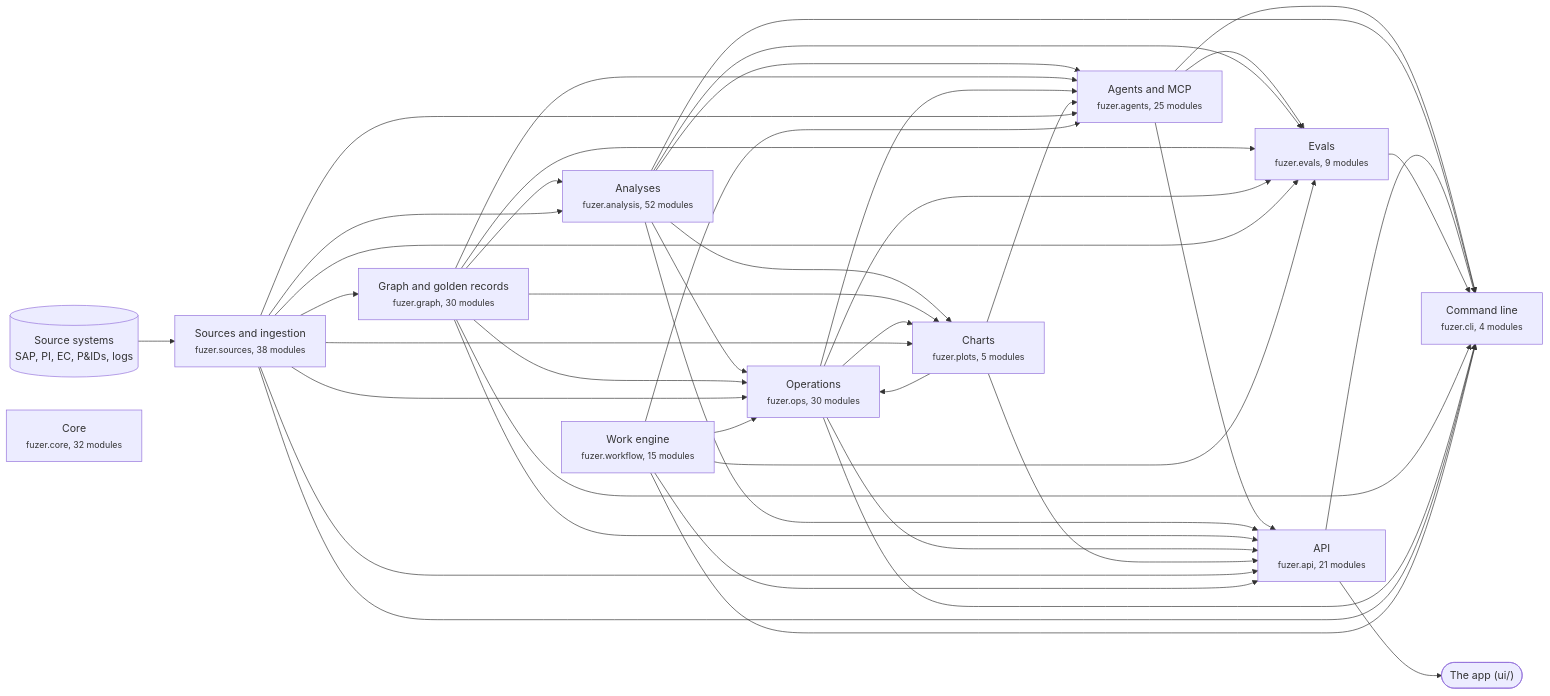
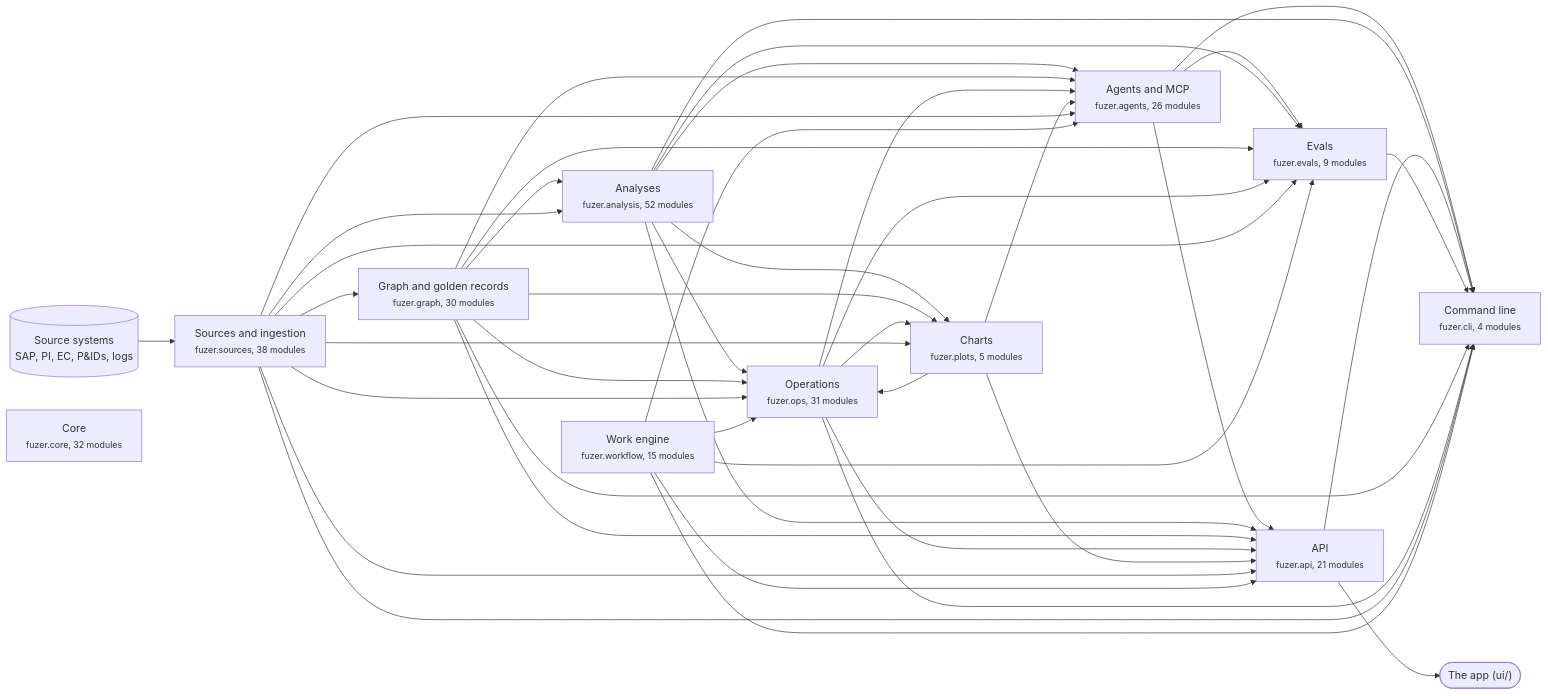
One commit to areed145/fuzer changed the first of 3 diagrams in docs/architecture.md. Above: the diagram before and after it, drawn with Mermaid. The commit also changed other lines of this file and 13 other files, not shown here.

````diff
--- a/docs/architecture.md
+++ b/docs/architecture.md
@@ -8,67 +8,67 @@
 ```mermaid
 flowchart LR
   systems[("Source systems<br>SAP, PI, EC, P&IDs, logs")] --> c_sources
   app(["The app (ui/)"])
   c_api --> app
   c_sources["Sources and ingestion<br><small>fuzer.sources, 38 modules</small>"]
   c_graph["Graph and golden records<br><small>fuzer.graph, 30 modules</small>"]
   c_analysis["Analyses<br><small>fuzer.analysis, 52 modules</small>"]
-  c_ops["Operations<br><small>fuzer.ops, 30 modules</small>"]
+  c_ops["Operations<br><small>fuzer.ops, 31 modules</small>"]
   c_plots["Charts<br><small>fuzer.plots, 5 modules</small>"]
   c_workflow["Work engine<br><small>fuzer.workflow, 15 modules</small>"]
-  c_agents["Agents and MCP<br><small>fuzer.agents, 25 modules</small>"]
+  c_agents["Agents and MCP<br><small>fuzer.agents, 26 modules</small>"]
   c_evals["Evals<br><small>fuzer.evals, 9 modules</small>"]
   c_api["API<br><small>fuzer.api, 21 modules</small>"]
   c_cli["Command line<br><small>fuzer.cli, 4 modules</small>"]
   c_core["Core<br><small>fuzer.core, 32 modules</small>"]
   c_sources --> c_graph
   c_graph --> c_analysis
   c_sources --> c_analysis
   c_analysis --> c_ops
   c_graph --> c_ops
   c_plots --> c_ops
   c_sources --> c_ops
   c_workflow --> c_ops
   c_analysis --> c_plots
   c_graph --> c_plots
   c_ops --> c_plots
   c_sources --> c_plots
   c_analysis --> c_agents
   c_graph --> c_agents
   c_ops --> c_agents
   c_plots --> c_agents
   c_sources --> c_agents
   c_workflow --> c_agents
   c_agents --> c_evals
   c_analysis --> c_evals
   c_graph --> c_evals
   c_ops --> c_evals
   c_sources --> c_evals
   c_workflow --> c_evals
   c_agents --> c_api
   c_analysis --> c_api
   c_graph --> c_api
   c_ops --> c_api
   c_plots --> c_api
   c_sources --> c_api
   c_workflow --> c_api
   c_agents --> c_cli
   c_analysis --> c_cli
   c_api --> c_cli
   c_evals --> c_cli
   c_graph --> c_cli
   c_ops --> c_cli
   c_sources --> c_cli
   c_workflow --> c_cli
   click c_sources "https://github.com/areed145/fuzer/tree/main/src/fuzer/sources"
   click c_graph "https://github.com/areed145/fuzer/tree/main/src/fuzer/graph"
   click c_analysis "https://github.com/areed145/fuzer/tree/main/src/fuzer/analysis"
   click c_ops "https://github.com/areed145/fuzer/tree/main/src/fuzer/ops"
   click c_plots "https://github.com/areed145/fuzer/tree/main/src/fuzer/plots"
   click c_workflow "https://github.com/areed145/fuzer/tree/main/src/fuzer/workflow"
   click c_agents "https://github.com/areed145/fuzer/tree/main/src/fuzer/agents"
   click c_evals "https://github.com/areed145/fuzer/tree/main/src/fuzer/evals"
   click c_api "https://github.com/areed145/fuzer/tree/main/src/fuzer/api"
   click c_cli "https://github.com/areed145/fuzer/tree/main/src/fuzer/cli"
   click c_core "https://github.com/areed145/fuzer/tree/main/src/fuzer/core"
 ```
````
